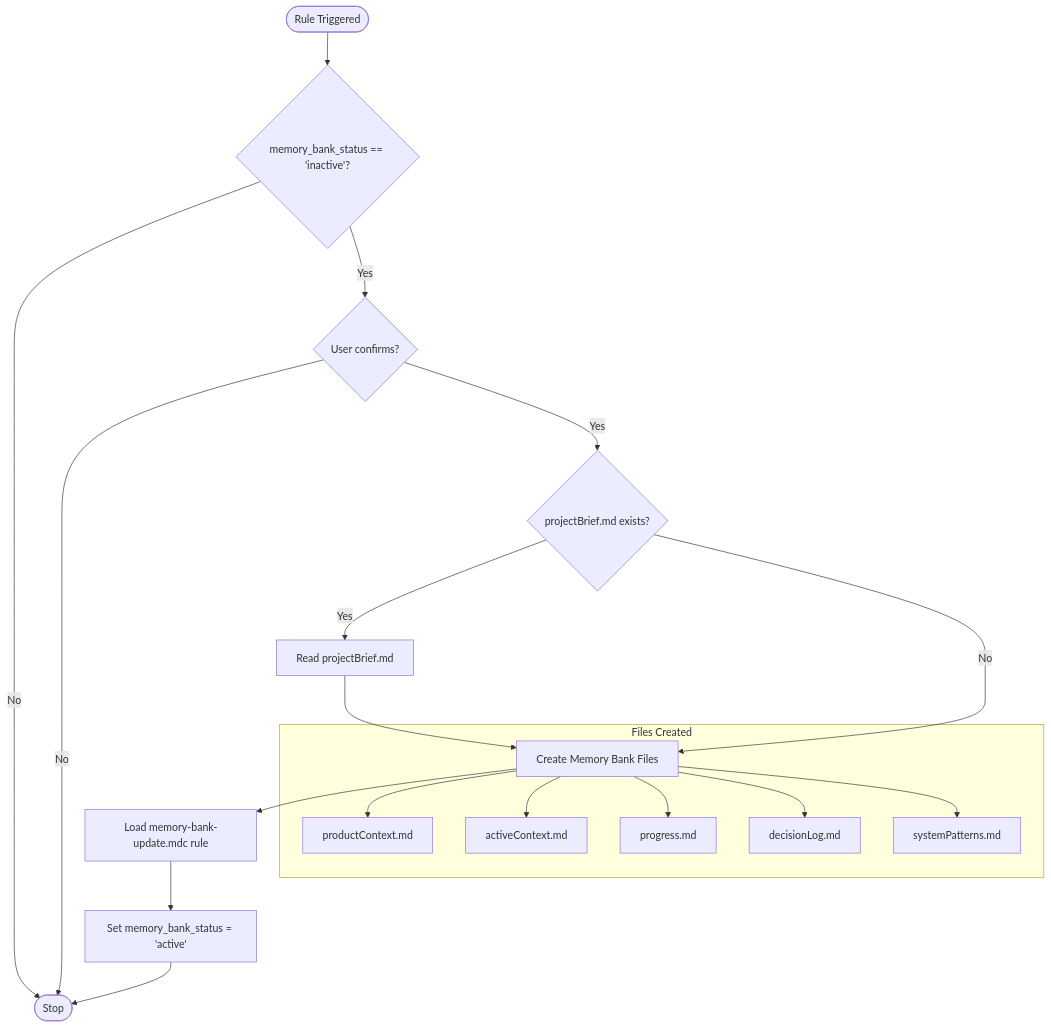
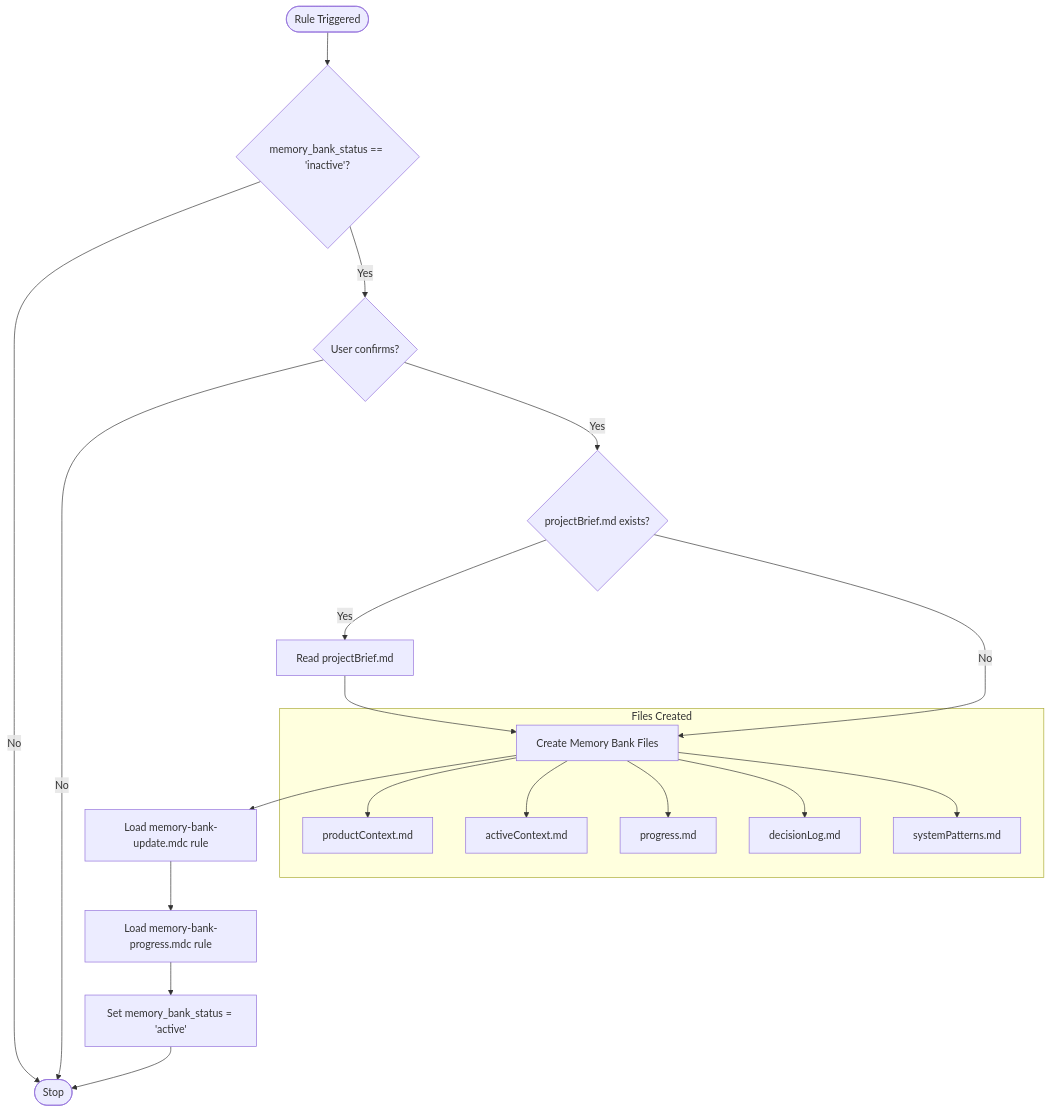
Before and after one commit to kvokka/getting-started: the diagram in .cursor/rules/agent/memory-bank-init.mdc, drawn with Mermaid. The commit also changed other lines of this file and 4 other files, not shown here.

First line of the commit message:
refactor: update memory bank initialization

````diff
--- a/.cursor/rules/agent/memory-bank-init.mdc
+++ b/.cursor/rules/agent/memory-bank-init.mdc
@@ -19,25 +19,26 @@
 ```mermaid
 flowchart TD
     Start([Rule Triggered]) --> CheckStatus{memory_bank_status == 'inactive'?}
     CheckStatus -->|No| End([Stop])
 
     CheckStatus -->|Yes| Confirm{User confirms?}
     Confirm -->|No| End
 
     Confirm -->|Yes| CheckBrief{projectBrief.md exists?}
     CheckBrief -->|Yes| ReadBrief[Read projectBrief.md]
     CheckBrief -->|No| CreateFiles
     ReadBrief --> CreateFiles[Create Memory Bank Files]
 
     CreateFiles --> LoadUpdateRule[Load memory-bank-update.mdc rule]
-    LoadUpdateRule --> UpdateStatus[Set memory_bank_status = 'active']
+    LoadUpdateRule --> LoadProgressRule[Load memory-bank-progress.mdc rule]
+    LoadProgressRule --> UpdateStatus[Set memory_bank_status = 'active']
     UpdateStatus --> End
 
     subgraph "Files Created"
         CreateFiles --> ProductContext[productContext.md]
         CreateFiles --> ActiveContext[activeContext.md]
         CreateFiles --> Progress[progress.md]
         CreateFiles --> DecisionLog[decisionLog.md]
         CreateFiles --> SystemPatterns[systemPatterns.md]
     end
 ```
````
